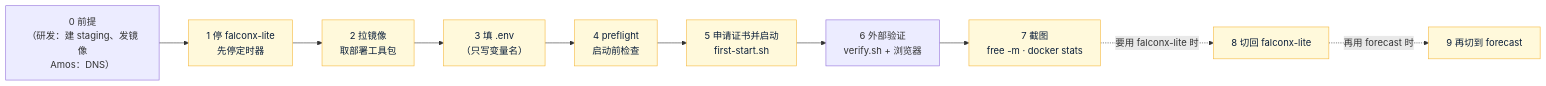
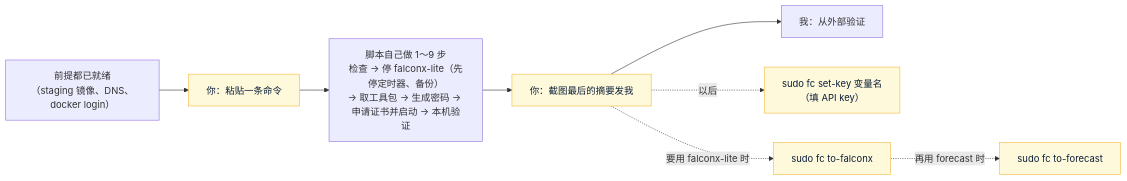
Before and after one commit to dollar3651314/forecast: the diagram in 部署方案/v1-测试环境第一次部署清单.md, drawn with Mermaid. The commit also changed other lines of this file and 12 other files, not shown here.

````diff
--- a/部署方案/v1-测试环境第一次部署清单.md
+++ b/部署方案/v1-测试环境第一次部署清单.md
@@ -20,8 +14,12 @@
 ```mermaid
 flowchart LR
-    P["0 前提<br/>（研发：建 staging、发镜像<br/>Amos：DNS）"] --> S1["1 停 falconx-lite<br/>先停定时器"] --> S2["2 拉镜像<br/>取部署工具包"] --> S3["3 填 .env<br/>（只写变量名）"] --> S4["4 preflight<br/>启动前检查"] --> S5["5 申请证书并启动<br/>first-start.sh"] --> S6["6 外部验证<br/>verify.sh + 浏览器"] --> S7["7 截图<br/>free -m · docker stats"]
-    S7 -.->|"要用 falconx-lite 时"| B["8 切回 falconx-lite"]
-    B -.->|"再用 forecast 时"| R["9 再切到 forecast"]
+    P["前提都已就绪<br/>（staging 镜像、DNS、docker login）"] --> C["你：粘贴一条命令"]
+    C --> S["脚本自己做 1～9 步<br/>检查 → 停 falconx-lite（先停定时器、备份）<br/>→ 取工具包 → 生成密码 → 申请证书并启动 → 本机验证"]
+    S --> R["你：截图最后的摘要发我"]
+    R --> M["我：从外部验证"]
+    R -.->|"以后"| K["sudo fc set-key 变量名<br/>（填 API key）"]
+    R -.->|"要用 falconx-lite 时"| X["sudo fc to-falconx"]
+    X -.->|"再用 forecast 时"| F["sudo fc to-forecast"]
     classDef amos fill:#FFF9DB,stroke:#F5B83D,color:#0B1F3A
-    class S1,S2,S3,S4,S5,S7,B,R amos
+    class C,R,K,X,F amos
 ```
````
